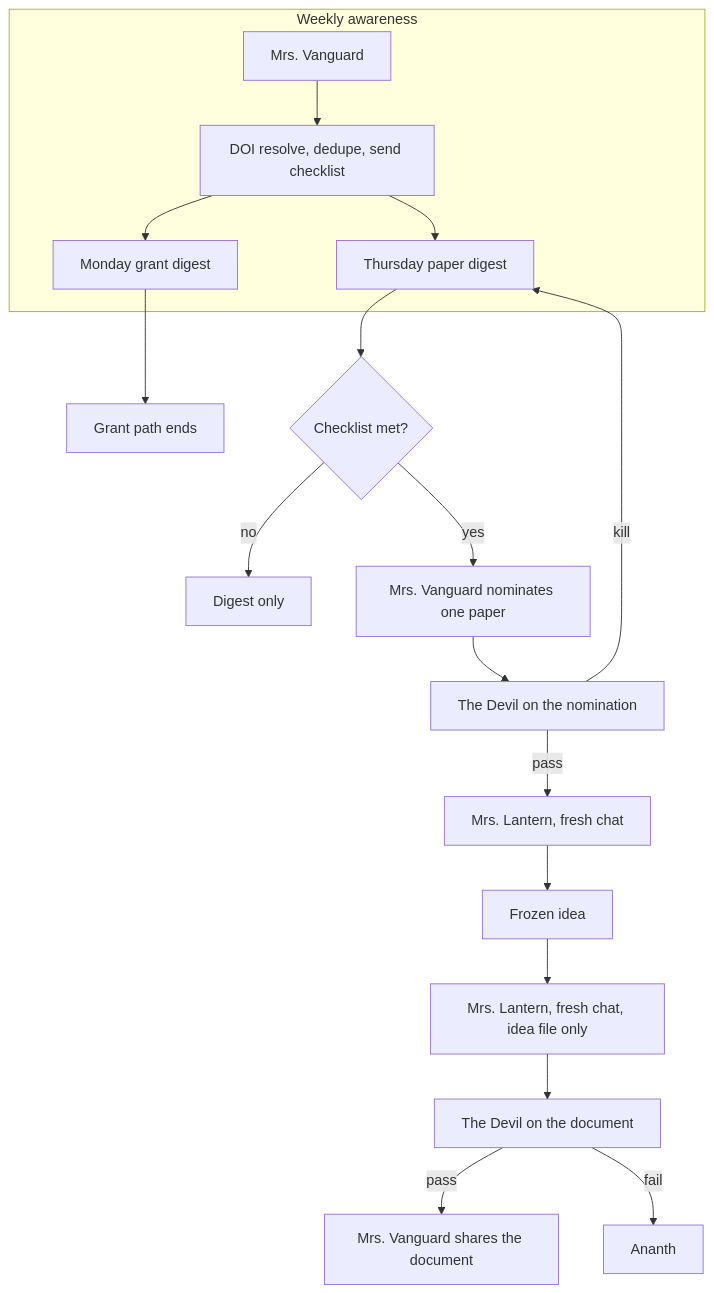
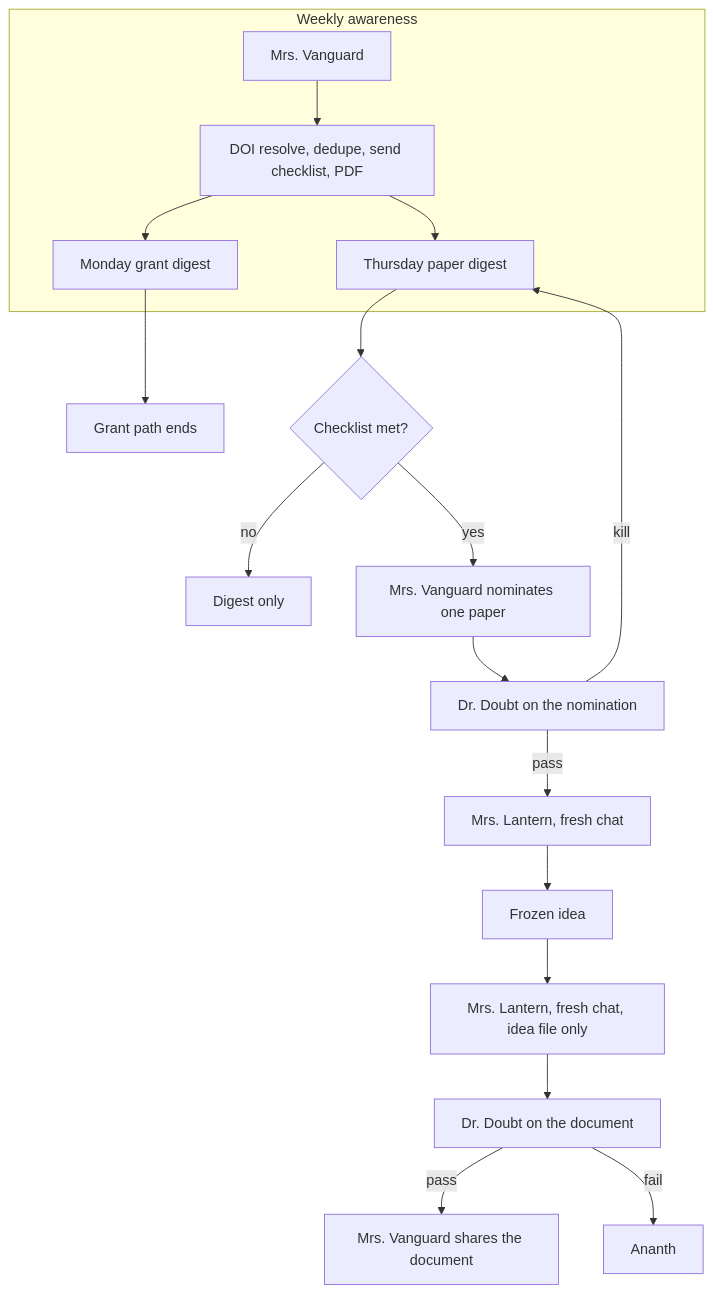
The diagram in ARCHITECTURE.md (bazilsky/career-management-team), drawn with Mermaid before and after one commit. The commit also changed other lines of this file and 28 other files, not shown here.

````diff
--- a/ARCHITECTURE.md
+++ b/ARCHITECTURE.md
@@ -23,23 +23,23 @@
 ```mermaid
 flowchart TD
   subgraph weekly [Weekly awareness]
     Vanguard[Mrs. Vanguard]
-    Scripts[DOI resolve, dedupe, send checklist]
+    Scripts[DOI resolve, dedupe, send checklist, PDF]
     Vanguard --> Scripts
     Scripts --> GrantMail[Monday grant digest]
     Scripts --> PaperMail[Thursday paper digest]
   end
   GrantMail --> GrantEnd[Grant path ends]
   Bar{Checklist met?}
   PaperMail --> Bar
   Bar -->|no| Stop[Digest only]
   Bar -->|yes| Pick[Mrs. Vanguard nominates one paper]
-  Pick --> DevilBar[The Devil on the nomination]
-  DevilBar -->|kill| PaperMail
-  DevilBar -->|pass| Lantern[Mrs. Lantern, fresh chat]
+  Pick --> DoubtBar[Dr. Doubt on the nomination]
+  DoubtBar -->|kill| PaperMail
+  DoubtBar -->|pass| Lantern[Mrs. Lantern, fresh chat]
   Lantern --> Pin[Frozen idea]
   Pin --> Write[Mrs. Lantern, fresh chat, idea file only]
-  Write --> DevilDoc[The Devil on the document]
-  DevilDoc -->|pass| Share[Mrs. Vanguard shares the document]
-  DevilDoc -->|fail| Ananth[Ananth]
+  Write --> DoubtDoc[Dr. Doubt on the document]
+  DoubtDoc -->|pass| Share[Mrs. Vanguard shares the document]
+  DoubtDoc -->|fail| Ananth[Ananth]
 ```
````
